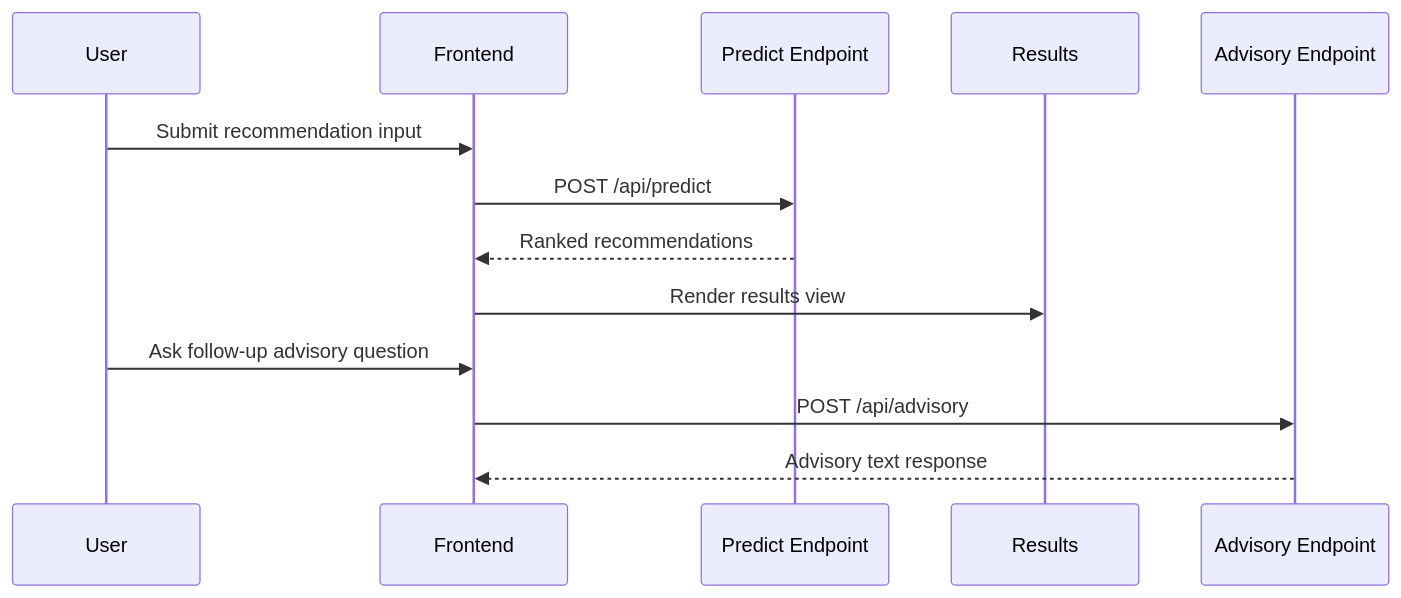
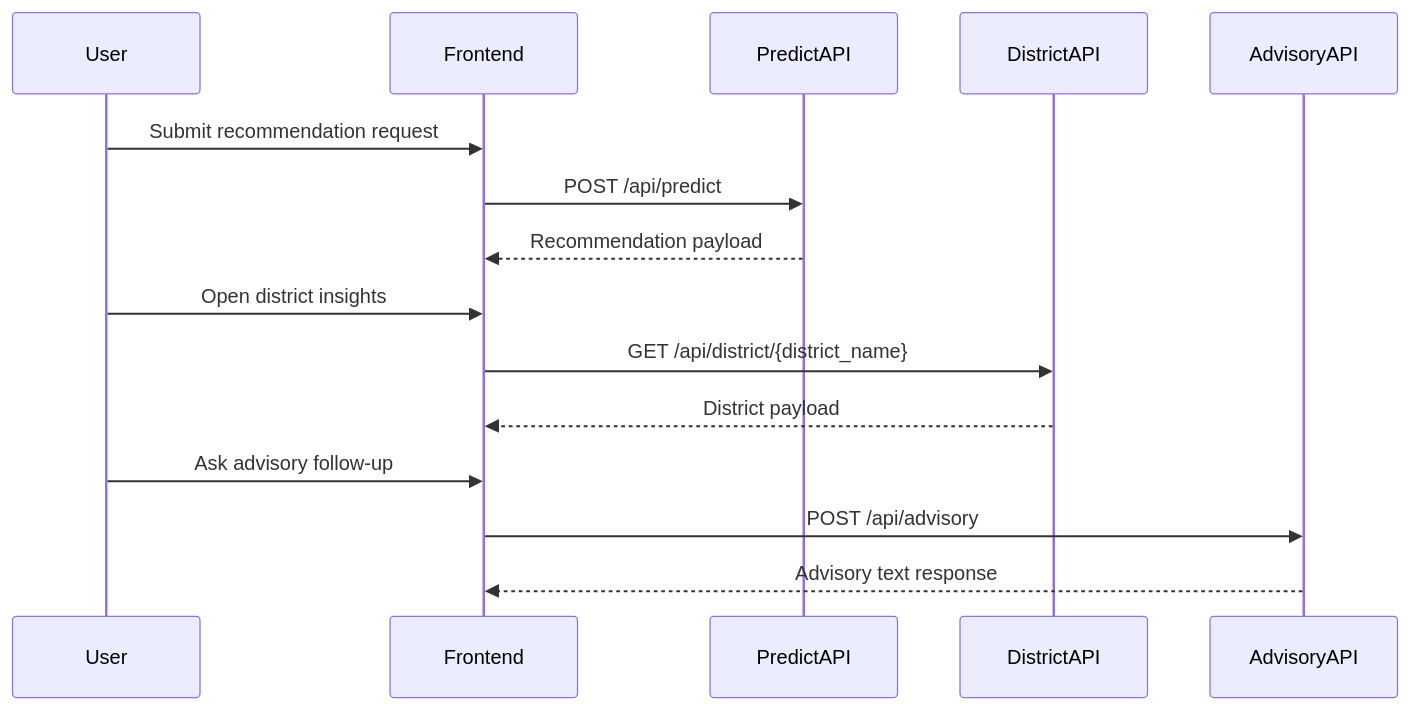
One commit to SAMxENGINEER/ALL_DOCUMENTATIONS- changed the second of 2 diagrams in docs/Projects/FasalMitra/04-service-contracts.md. Above: the diagram before and after it, drawn with Mermaid. The commit also changed other lines of this file and 4 other files, not shown here.

Commit message:
refactor: enhance FasalMitra documentation with detailed user journeys, service contracts, and architectural insights

````diff
--- a/docs/Projects/FasalMitra/04-service-contracts.md
+++ b/docs/Projects/FasalMitra/04-service-contracts.md
@@ -85,16 +119,20 @@
 ```mermaid
 sequenceDiagram
     participant User
     participant Frontend
-    participant PredictAPI as Predict Endpoint
-    participant Results
-    participant AdvisoryAPI as Advisory Endpoint
+    participant PredictAPI
+    participant DistrictAPI
+    participant AdvisoryAPI
 
-    User->>Frontend: Submit recommendation input
+    User->>Frontend: Submit recommendation request
     Frontend->>PredictAPI: POST /api/predict
-    PredictAPI-->>Frontend: Ranked recommendations
-    Frontend->>Results: Render results view
-    User->>Frontend: Ask follow-up advisory question
+    PredictAPI-->>Frontend: Recommendation payload
+
+    User->>Frontend: Open district insights
+    Frontend->>DistrictAPI: GET /api/district/{district_name}
+    DistrictAPI-->>Frontend: District payload
+
+    User->>Frontend: Ask advisory follow-up
     Frontend->>AdvisoryAPI: POST /api/advisory
     AdvisoryAPI-->>Frontend: Advisory text response
 ```
````
